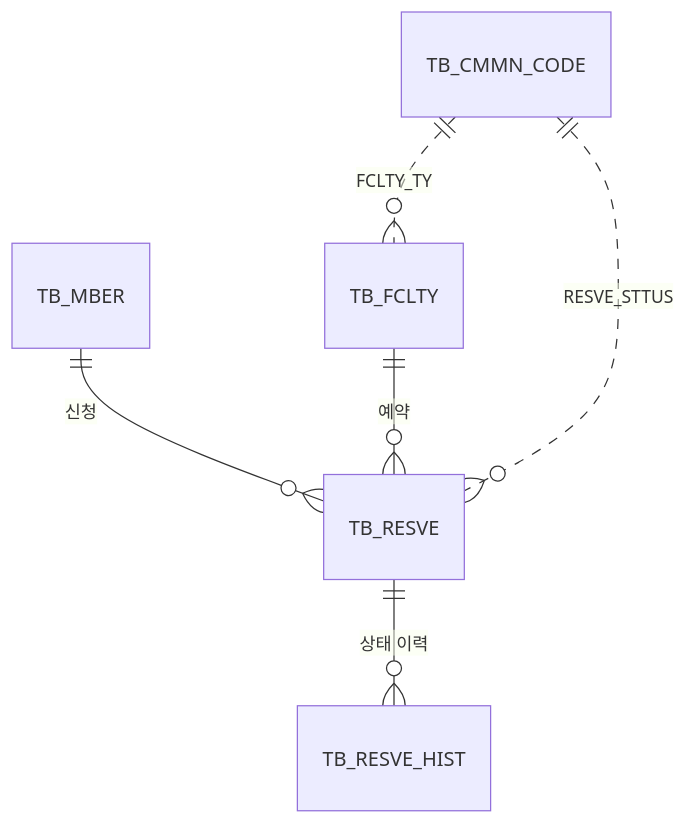
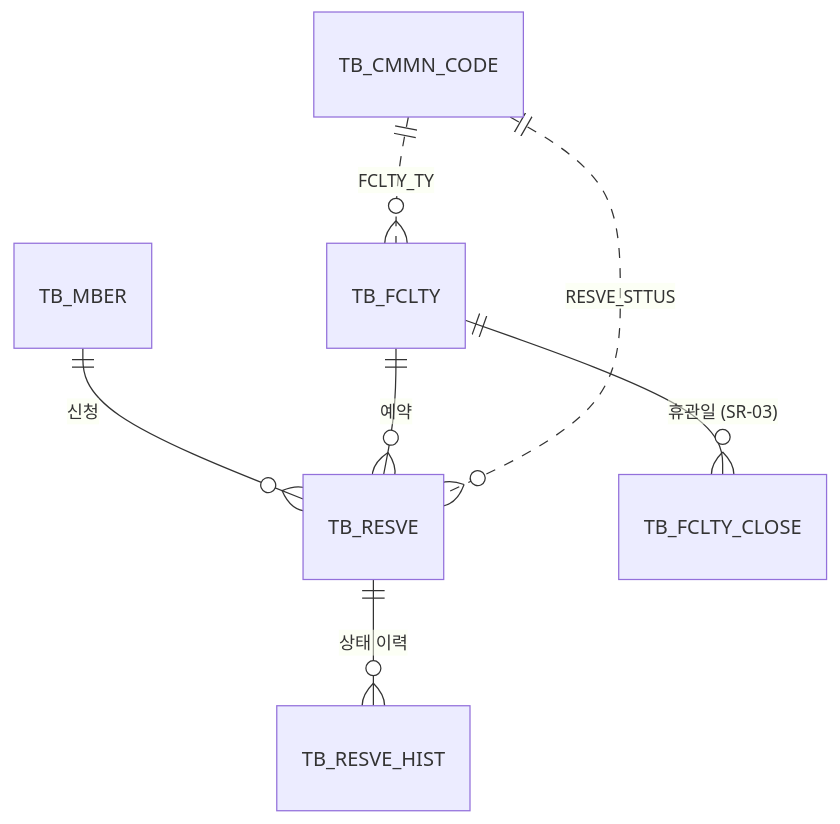
The second of 2 diagrams in README.md (djatjs/egov-facility-reservation), drawn with Mermaid before and after one commit. The commit also changed other lines of this file, not shown here.

````diff
--- a/README.md
+++ b/README.md
@@ -62,8 +113,9 @@
 ```mermaid
 erDiagram
     TB_MBER ||--o{ TB_RESVE : "신청"
     TB_FCLTY ||--o{ TB_RESVE : "예약"
     TB_RESVE ||--o{ TB_RESVE_HIST : "상태 이력"
     TB_CMMN_CODE ||..o{ TB_FCLTY : "FCLTY_TY"
     TB_CMMN_CODE ||..o{ TB_RESVE : "RESVE_STTUS"
+    TB_FCLTY ||--o{ TB_FCLTY_CLOSE : "휴관일 (SR-03)"
 ```
````
